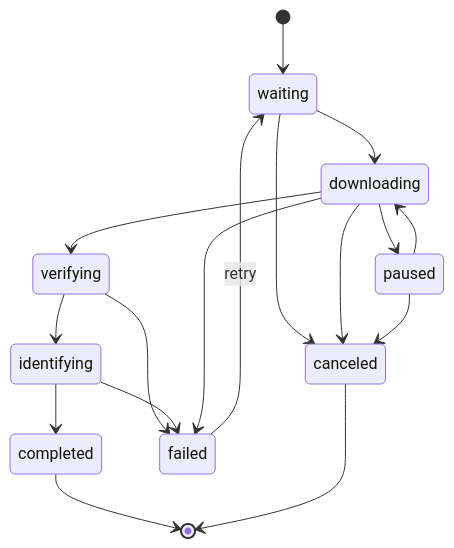
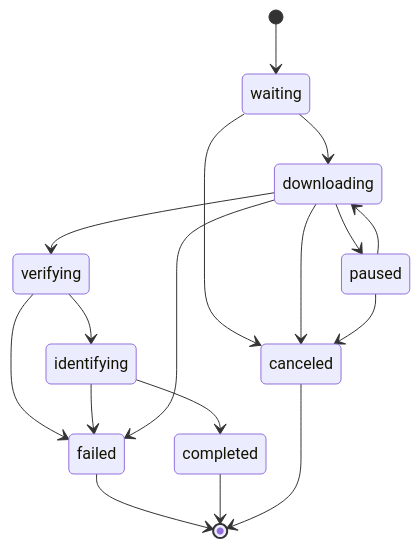
Before and after one commit to BMFreed/imagegen-studio: the third of 8 diagrams in docs/features/model-manager.md, drawn with Mermaid. The commit also changed other lines of this file and 14 other files, not shown here.

Commit message:
Retry exact failed model installs from the queue

````diff
--- a/docs/features/model-manager.md
+++ b/docs/features/model-manager.md
@@ -675,19 +682,19 @@
 ```mermaid
 stateDiagram-v2
   [*] --> waiting
   waiting --> downloading
   downloading --> paused
   paused --> downloading
   downloading --> verifying
   verifying --> identifying
   identifying --> completed
   waiting --> canceled
   downloading --> canceled
   paused --> canceled
   verifying --> failed
   identifying --> failed
   downloading --> failed
-  failed --> waiting: retry
+  failed --> [*]
   completed --> [*]
   canceled --> [*]
 ```
````
